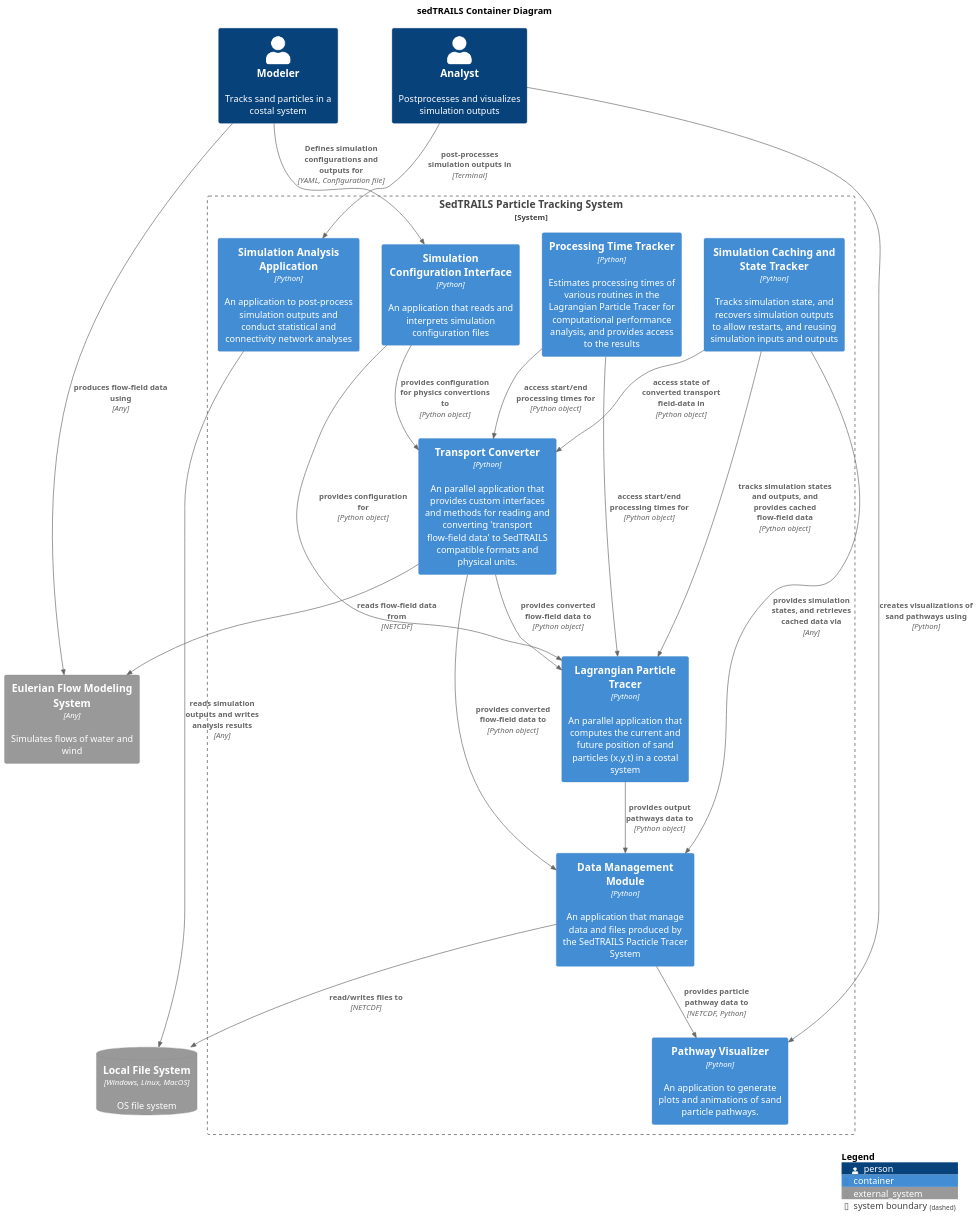
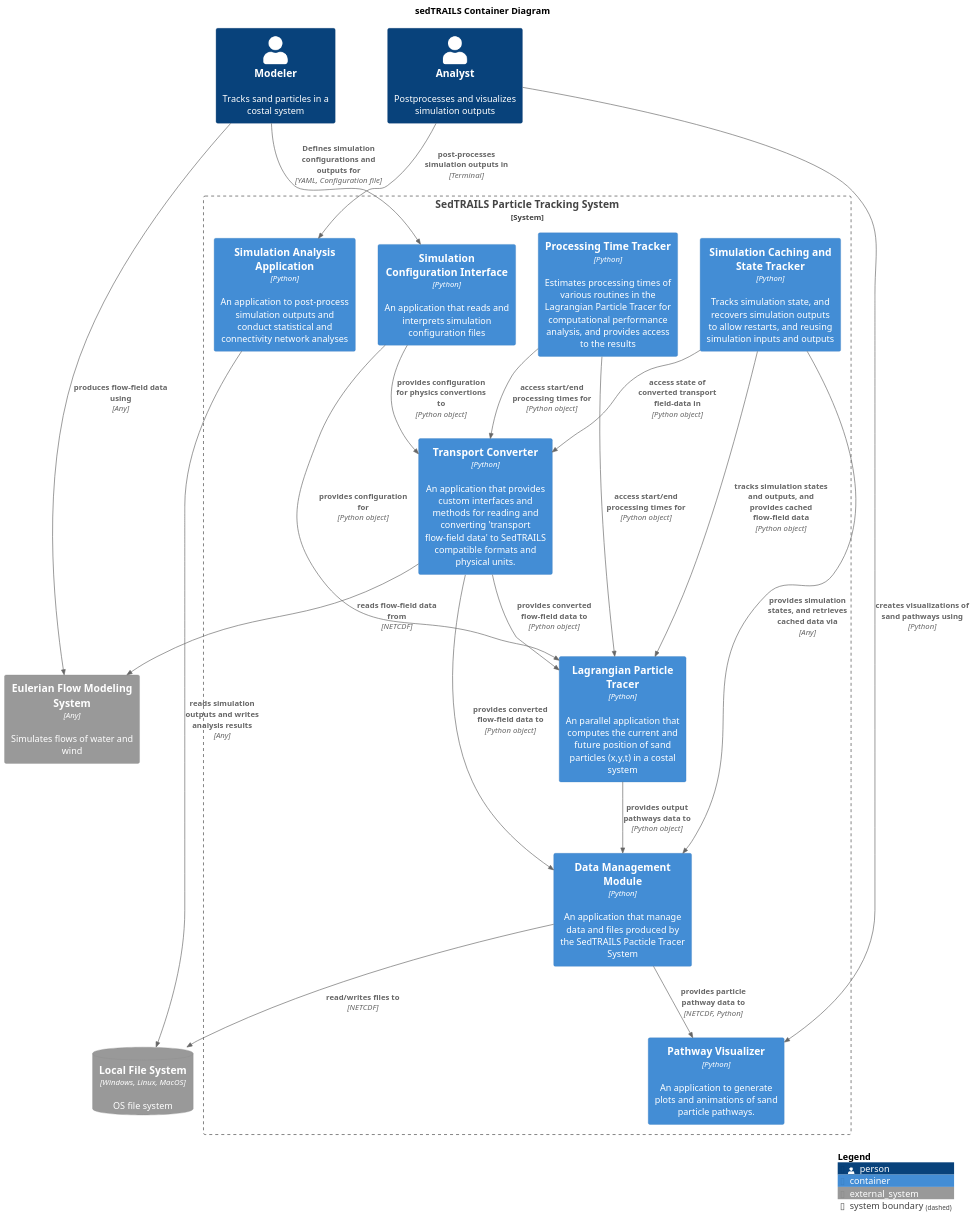
One commit to sgpearson17/sedtrails-sgp changed the diagram in diagrams/containers.puml. Above: the diagram before and after it, drawn with PlantUML.

Commit message:
fix: correct description of Transport Converter in diagrams

```diff
--- a/diagrams/containers.puml
+++ b/diagrams/containers.puml
@@ -1,58 +1,58 @@
 @startuml SedtrailContainer
 !include ./c4/C4_Container.puml
 
 title sedTRAILS Container Diagram
 scale 1.5
 ' LAYOUT_LANDSCAPE()
 
 Person(modeler, "Modeler", "Tracks sand particles in a costal system")
 Person(analyst, "Analyst", "Postprocesses and visualizes simulation outputs")
 
 System_Boundary(sedtrailsSystem, "SedTRAILS Particle Tracking System"){ 
     Container(sedtrailsTracer, "Lagrangian Particle Tracer", "Python", "An parallel application that computes the current and future position of sand particles (x,y,t) in a costal system")
 
     Container(configInterface, "Simulation Configuration Interface", "Python", "An application that reads and interprets simulation configuration files")
 
-    Container(transportConverter, "Transport Converter", "Python", "An parallel application that provides custom interfaces and methods for reading and converting 'transport flow-field data' to SedTRAILS compatible formats and physical units.")
+    Container(transportConverter, "Transport Converter", "Python", "An application that provides custom interfaces and methods for reading and converting 'transport flow-field data' to SedTRAILS compatible formats and physical units.")
     Container(pathwayVisualizer, "Pathway Visualizer", "Python", "An application to generate plots and animations of sand particle pathways.")
     Container(cache, "Simulation Caching and State Tracker", "Python", "Tracks simulation state, and recovers simulation outputs to allow restarts, and reusing simulation inputs and outputs")
     Container(dataManager, "Data Management Module", "Python", "An application that manage data and files produced by the SedTRAILS Pacticle Tracer System")
 
     Container(analystApp, "Simulation Analysis Application", "Python", "An application to post-process simulation outputs and conduct statistical and connectivity network analyses")
 
     Container(processingTimeTracker, "Processing Time Tracker", "Python", "Estimates processing times of various routines in the Lagrangian Particle Tracer ​for computational performance analysis, and provides access to the results​")
     Rel(processingTimeTracker, transportConverter, "access start/end processing times for", "Python object")
 
     Rel(processingTimeTracker, sedtrailsTracer, "access start/end processing times for", "Python object")
     
  
     Rel(transportConverter, sedtrailsTracer, "provides converted flow-field data to", "Python object")
 
     Rel(cache, sedtrailsTracer, "tracks simulation states and outputs, and provides cached flow-field data", "Python object")
     Rel(cache, transportConverter, "access state of converted transport field-data in", "Python object")
 
     Rel(configInterface, transportConverter, "provides configuration for physics convertions to", "Python object")
     Rel(configInterface, sedtrailsTracer, "provides configuration for", "Python object")
     Rel(sedtrailsTracer, dataManager, "provides output pathways data to", "Python object")
 
     Rel(transportConverter, dataManager, "provides converted flow-field data to", "Python object") 
     Rel(cache, dataManager, "provides simulation states, and retrieves cached data via", "Any") 
 
     Rel(dataManager, pathwayVisualizer, "provides particle pathway data to", "NETCDF, Python")
 }
 System_Ext(flowSystem, "Eulerian Flow Modeling System", "Simulates flows of water and wind", $type="Any")
 
 SystemDb_Ext(fileSystem, "Local File System", "OS file system", $type="Windows, Linux, MacOS")
 
 Rel(dataManager, fileSystem, "read/writes files to", "NETCDF")
 Rel(modeler, configInterface, "Defines simulation configurations and outputs for", "YAML, Configuration file")
 
 Rel(analyst, pathwayVisualizer, "creates visualizations of sand pathways using", "Python")
 Rel(analyst, analystApp, "post-processes simulation outputs in", "Terminal")
 Rel(analystApp, fileSystem, "reads simulation outputs and writes analysis results", "Any")
 
 Rel(modeler, flowSystem, "produces flow-field data using", "Any")
 Rel(transportConverter, flowSystem, "reads flow-field data from", "NETCDF")
 
 SHOW_LEGEND()
 @enduml
```
